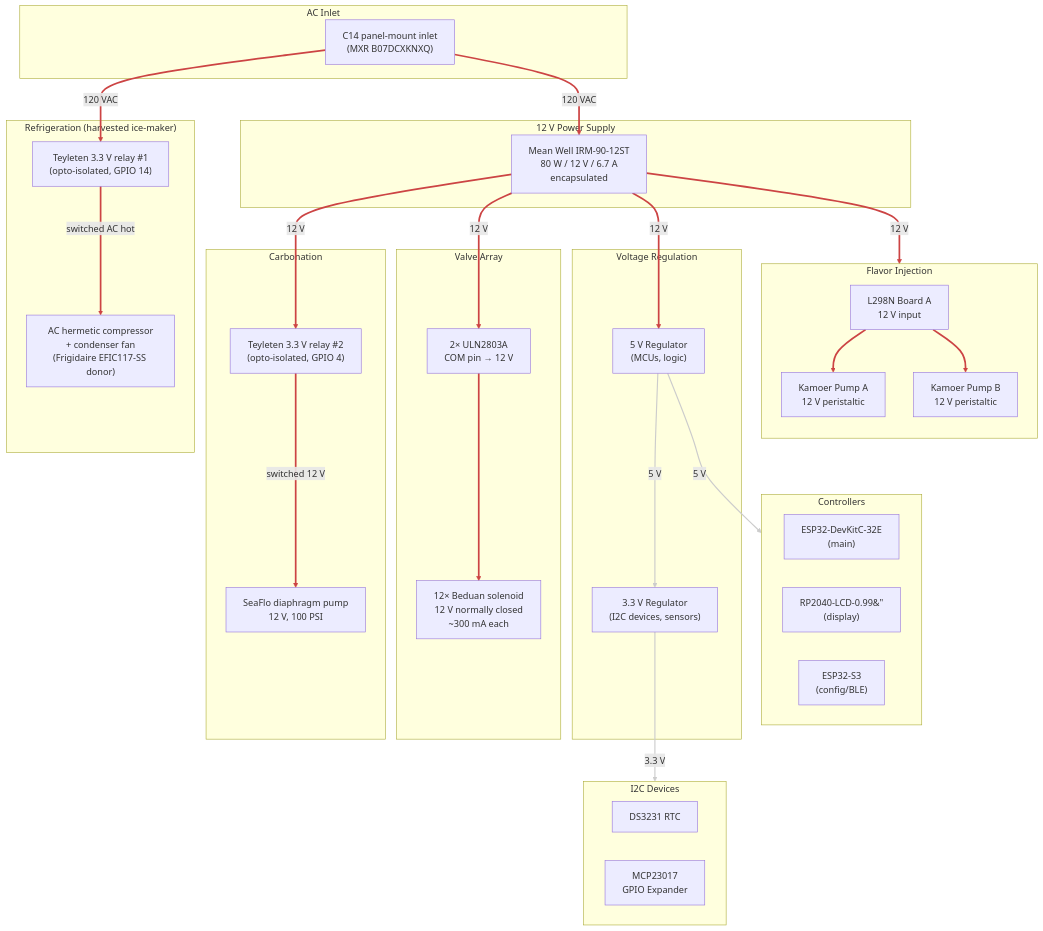
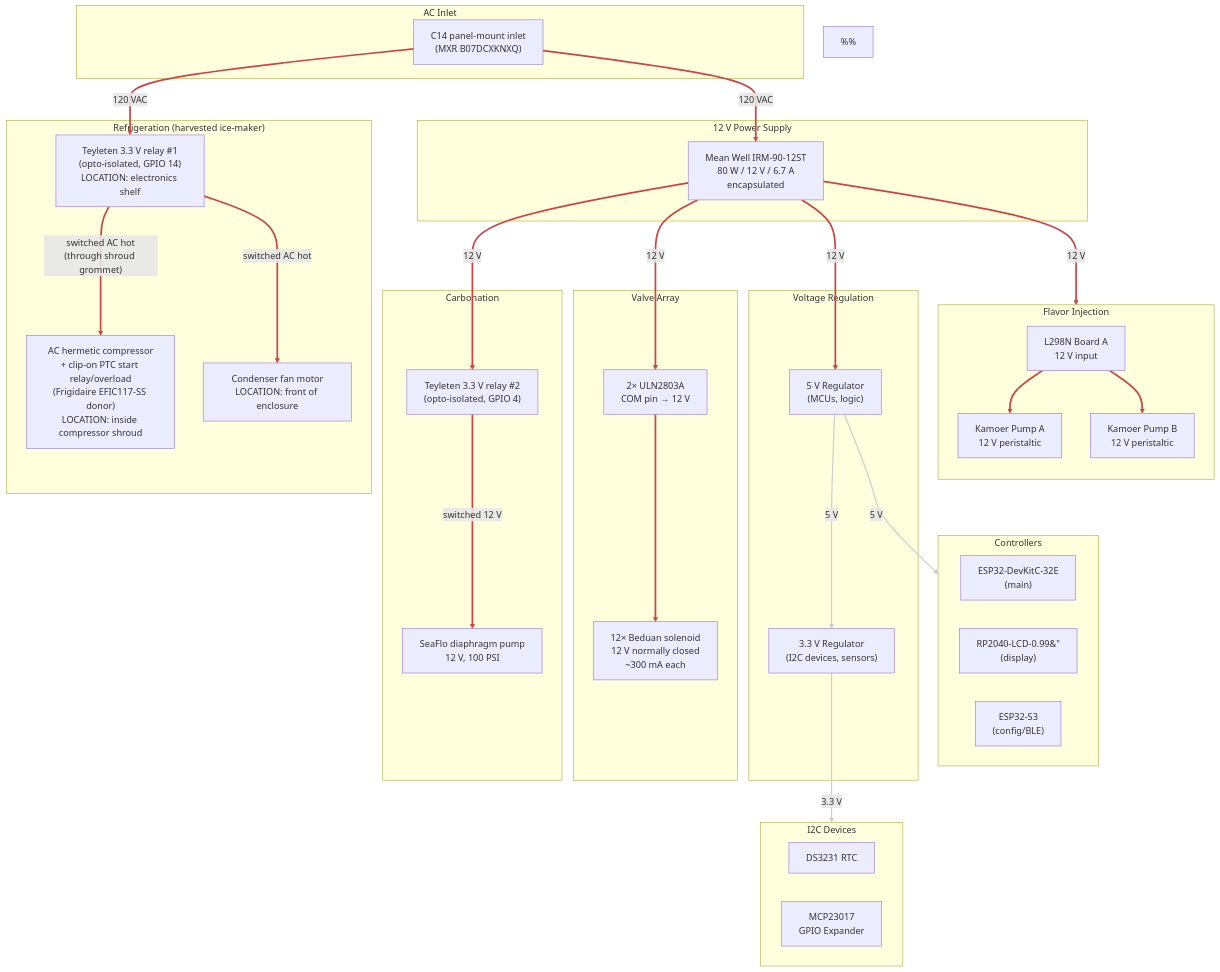
Before and after one commit to derekbreden/homesodamachine: the diagram in hardware/wiring/power.mmd, drawn with Mermaid. The commit also changed 5 other files, not shown here.

First line of the commit message:
hardware: add compressor metal shroud + electronics-shelf wiring layout

```diff
--- a/hardware/wiring/power.mmd
+++ b/hardware/wiring/power.mmd
@@ -1,86 +1,110 @@
 flowchart TD
 
   %% Power Distribution (current plan).
   %% 120 VAC mains in via C14 inlet; Mean Well 12 V PSU supplies the
   %% 12 V bus for everything except the compressor itself, which runs
   %% on switched mains via Teyleten relay #1 (ESP32 GPIO 14). The 12 V
   %% diaphragm pump is gated by Teyleten relay #2 (ESP32 GPIO 4) so
   %% firmware can keep refill off during an active dispense.
+  %%
+  %% Physical placement:
+  %% - The C14 inlet, AC distribution, PSU, both Teyleten relays, the
+  %%   ESP32, MCP23017, ULN2803A pair, L298N, and voltage regulators
+  %%   all sit on a single electronics shelf at the top-back of the
+  %%   enclosure, behind the rear-panel C14 inlet.
+  %% - The compressor sits middle-bottom inside a fire-rated metal
+  %%   shroud (UL 60335-2-89 conformance for the R-600a charge); its
+  %%   clip-on PTC start relay + overload module is co-located with
+  %%   the compressor body inside the shroud.
+  %% - Teyleten relay #1 stays on the SHELF, OUTSIDE the shroud.
+  %%   Only switched AC enters the shroud (one wire bundle through one
+  %%   grommet: switched H + N + chassis G). This avoids placing an
+  %%   arcing contact inside the protected hydrocarbon-refrigerant
+  %%   compartment.
+  %% - The condenser fan motor is at the front of the enclosure
+  %%   (where the condenser exhausts) and is OUTSIDE the shroud; it
+  %%   shares the relay #1 switched output via a short tap.
+  %%
+  %% See `ac-wiring-schedule.md` for run-by-run gauges + lengths and
+  %% `../cut-parts/compressor-shroud/` for the shroud part.
 
   subgraph AC_Inlet["AC Inlet"]
     C14["C14 panel-mount inlet\n(MXR B07DCXKNXQ)"]
   end
 
   subgraph Supply["12 V Power Supply"]
     PSU["Mean Well IRM-90-12ST\n80 W / 12 V / 6.7 A\nencapsulated"]
   end
 
   subgraph Refrigeration["Refrigeration  (harvested ice-maker)"]
-    RELAY["Teyleten 3.3 V relay #1\n(opto-isolated, GPIO 14)"]
-    COMP_AC["AC hermetic compressor\n+ condenser fan\n(Frigidaire EFIC117-SS donor)"]
-    RELAY ==>|"switched AC hot"| COMP_AC
+    RELAY["Teyleten 3.3 V relay #1\n(opto-isolated, GPIO 14)\nLOCATION: electronics shelf"]
+    COMP_AC["AC hermetic compressor\n+ clip-on PTC start relay/overload\n(Frigidaire EFIC117-SS donor)\nLOCATION: inside compressor shroud"]
+    COND_FAN["Condenser fan motor\nLOCATION: front of enclosure"]
+    RELAY ==>|"switched AC hot\n(through shroud grommet)"| COMP_AC
+    RELAY ==>|"switched AC hot"| COND_FAN
   end
 
   subgraph Regulation["Voltage Regulation"]
     REG_5V["5 V Regulator\n(MCUs, logic)"]
     REG_3V3["3.3 V Regulator\n(I2C devices, sensors)"]
   end
 
   subgraph Carbonation["Carbonation"]
     DIA_RELAY["Teyleten 3.3 V relay #2\n(opto-isolated, GPIO 4)"]
     DIA_PUMP["SeaFlo diaphragm pump\n12 V, 100 PSI"]
     DIA_RELAY ==>|"switched 12 V"| DIA_PUMP
   end
 
   subgraph Flavor["Flavor Injection"]
     direction TB
     L298["L298N Board A\n12 V input"]
     PUMP_A["Kamoer Pump A\n12 V peristaltic"]
     PUMP_B["Kamoer Pump B\n12 V peristaltic"]
     L298 ==> PUMP_A
     L298 ==> PUMP_B
   end
 
   subgraph Valve_Power["Valve Array"]
     ULN["2× ULN2803A\nCOM pin → 12 V"]
     VALVES["12× Beduan solenoid\n12 V normally closed\n~300 mA each"]
     ULN ==> VALVES
   end
 
   subgraph MCUs["Controllers"]
     ESP32["ESP32-DevKitC-32E\n(main)"]
     RP2040["RP2040-LCD-0.99&#34;\n(display)"]
     S3["ESP32-S3\n(config/BLE)"]
   end
 
   subgraph I2C_Devices["I2C Devices"]
     RTC["DS3231 RTC"]
     MCP["MCP23017\nGPIO Expander"]
   end
 
   %% AC distribution (hot leg)
   C14 ==>|"120 VAC"| RELAY
   C14 ==>|"120 VAC"| PSU
 
   %% 12 V distribution
   PSU ==>|"12 V"| DIA_RELAY
   PSU ==>|"12 V"| L298
   PSU ==>|"12 V"| ULN
   PSU ==>|"12 V"| REG_5V
 
   %% Regulated logic-level
   REG_5V -->|"5 V"| REG_3V3
   REG_5V -->|"5 V"| MCUs
   REG_3V3 -->|"3.3 V"| I2C_Devices
 
   %% Power paths (red, thick).
-  %% 0    = Teyleten relay #1 -> compressor + fan (switched AC)
-  %% 1    = Teyleten relay #2 -> diaphragm pump (switched 12 V)
-  %% 2-3  = L298 -> peristaltic pumps
-  %% 4    = ULN2803A -> solenoid valves
-  %% 5-6  = C14 -> relay #1, C14 -> PSU (AC mains)
-  %% 7-10 = PSU 12 V trunk to all subsystems
-  linkStyle 0,1,2,3,4,5,6,7,8,9,10 stroke:#c44,stroke-width:3px
+  %% 0    = relay #1 -> compressor (switched AC, through shroud)
+  %% 1    = relay #1 -> condenser fan (switched AC)
+  %% 2    = Teyleten relay #2 -> diaphragm pump (switched 12 V)
+  %% 3-4  = L298 -> peristaltic pumps
+  %% 5    = ULN2803A -> solenoid valves
+  %% 6-7  = C14 -> relay #1, C14 -> PSU (AC mains)
+  %% 8-11 = PSU 12 V trunk to all subsystems
+  linkStyle 0,1,2,3,4,5,6,7,8,9,10,11 stroke:#c44,stroke-width:3px
   %% Regulated logic-level supplies (5V, 3.3V): white workhorse.
-  %% 11-13 = REG_5V -> REG_3V3, REG_5V -> MCUs, REG_3V3 -> I2C devices.
-  linkStyle 11,12,13 stroke:#ccc,stroke-width:2px
+  %% 12-14 = REG_5V -> REG_3V3, REG_5V -> MCUs, REG_3V3 -> I2C devices.
+  linkStyle 12,13,14 stroke:#ccc,stroke-width:2px
```
